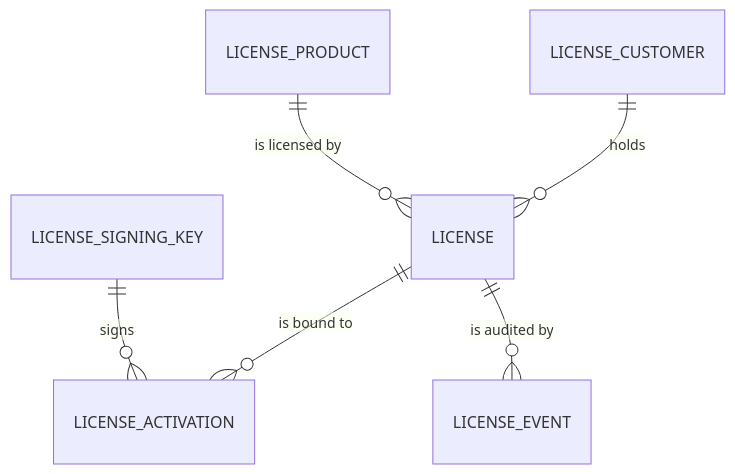
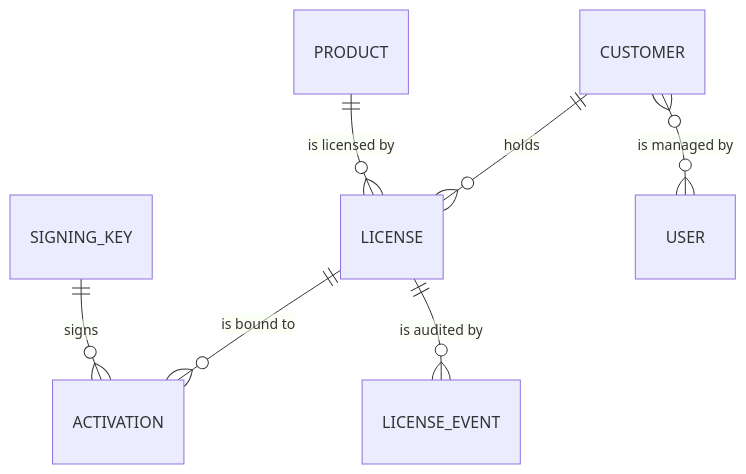
The first of 2 diagrams in docs/01-requirements.md (NavilShah/Code-License), drawn with Mermaid before and after one commit. The commit also changed other lines of this file and 7 other files, not shown here.

````diff
--- a/docs/01-requirements.md
+++ b/docs/01-requirements.md
@@ -31,8 +31,9 @@
 ```mermaid
 erDiagram
-  LICENSE_CUSTOMER ||--o{ LICENSE : holds
-  LICENSE_PRODUCT ||--o{ LICENSE : "is licensed by"
-  LICENSE ||--o{ LICENSE_ACTIVATION : "is bound to"
+  CUSTOMER ||--o{ LICENSE : holds
+  PRODUCT ||--o{ LICENSE : "is licensed by"
+  LICENSE ||--o{ ACTIVATION : "is bound to"
   LICENSE ||--o{ LICENSE_EVENT : "is audited by"
-  LICENSE_SIGNING_KEY ||--o{ LICENSE_ACTIVATION : signs
+  SIGNING_KEY ||--o{ ACTIVATION : signs
+  CUSTOMER }o--o{ USER : "is managed by"
 ```
````
